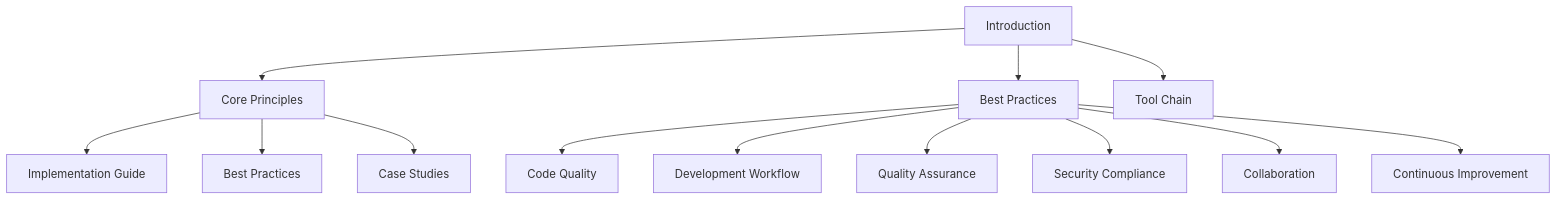
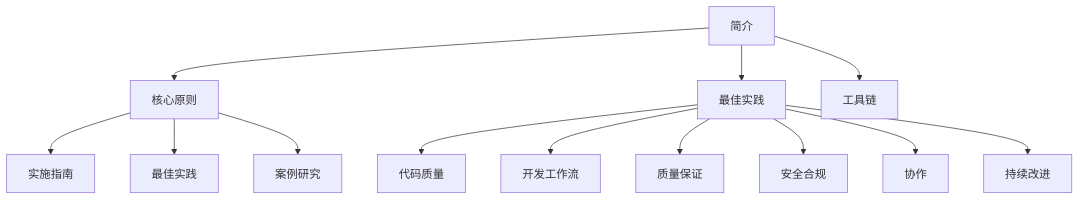
The diagram in public/docs/zh-cn/content/introduction.md (a-sdm/asdm-official-website), drawn with Mermaid before and after one commit. The commit also changed other lines of this file and 7 other files, not shown here.

````diff
--- a/public/docs/zh-cn/content/introduction.md
+++ b/public/docs/zh-cn/content/introduction.md
@@ -7,17 +7,17 @@
 ```mermaid
 graph TD
-    A[Introduction] --> B[Core Principles]
-    A --> C[Best Practices]
-    A --> D[Tool Chain]
+    A[简介] --> B[核心原则]
+    A --> C[最佳实践]
+    A --> D[工具链]
     
-    B --> B1[Implementation Guide]
-    B --> B2[Best Practices]
-    B --> B3[Case Studies]
+    B --> B1[实施指南]
+    B --> B2[最佳实践]
+    B --> B3[案例研究]
     
-    C --> C1[Code Quality]
-    C --> C2[Development Workflow]
-    C --> C3[Quality Assurance]
-    C --> C4[Security Compliance]
-    C --> C5[Collaboration]
-    C --> C6[Continuous Improvement]
+    C --> C1[代码质量]
+    C --> C2[开发工作流]
+    C --> C3[质量保证]
+    C --> C4[安全合规]
+    C --> C5[协作]
+    C --> C6[持续改进]
 ```
````
